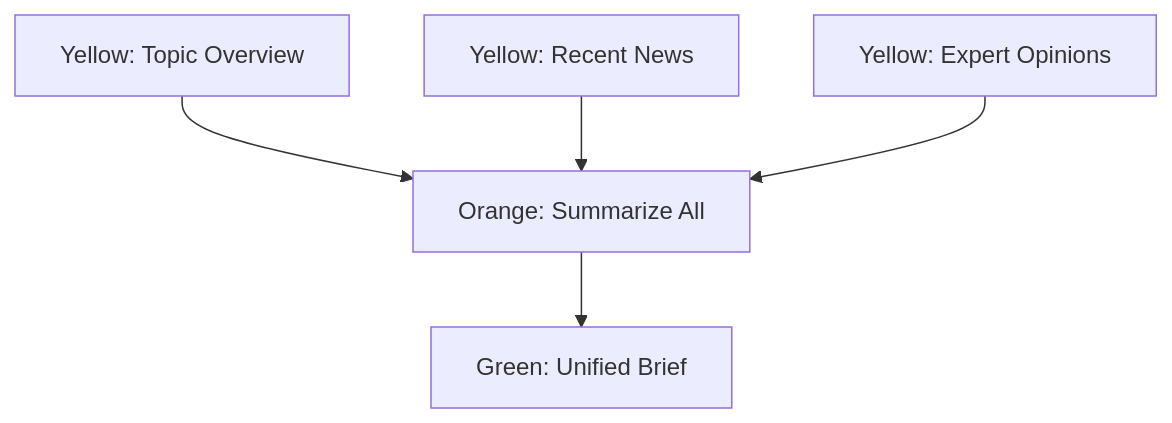
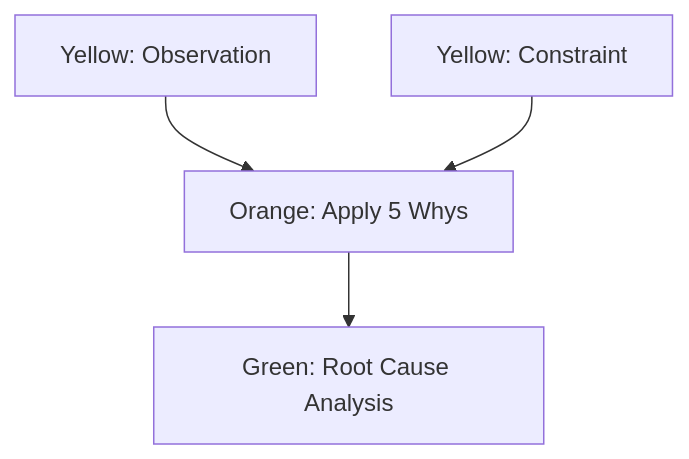
One commit to Caffa/Zettel-Thinking-Board changed the first of 3 diagrams in README.md. Above: the diagram before and after it, drawn with Mermaid. The commit also changed other lines of this file and 3 other files, not shown here.

````diff
--- a/README.md
+++ b/README.md
@@ -79,7 +81,6 @@
 ```mermaid
 graph TD
-    TopicOverview[Yellow: Topic Overview] --> Summarizer[Orange: Summarize All]
-    RecentNews[Yellow: Recent News] --> Summarizer
-    ExpertOpinions[Yellow: Expert Opinions] --> Summarizer
-    Summarizer --> Output[Green: Unified Brief]
+    Observation[Yellow: Observation] --> Analysis[Orange: Apply 5 Whys]
+    Constraint[Yellow: Constraint] --> Analysis
+    Analysis --> Output[Green: Root Cause Analysis]
 ```
````
